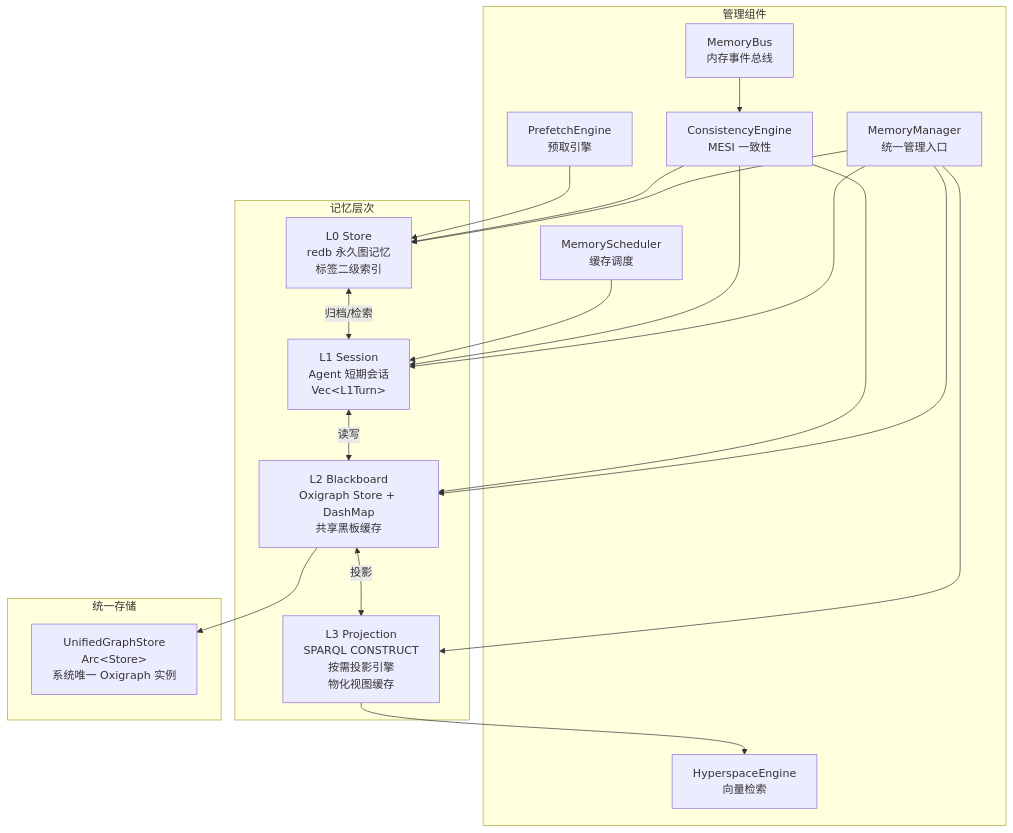
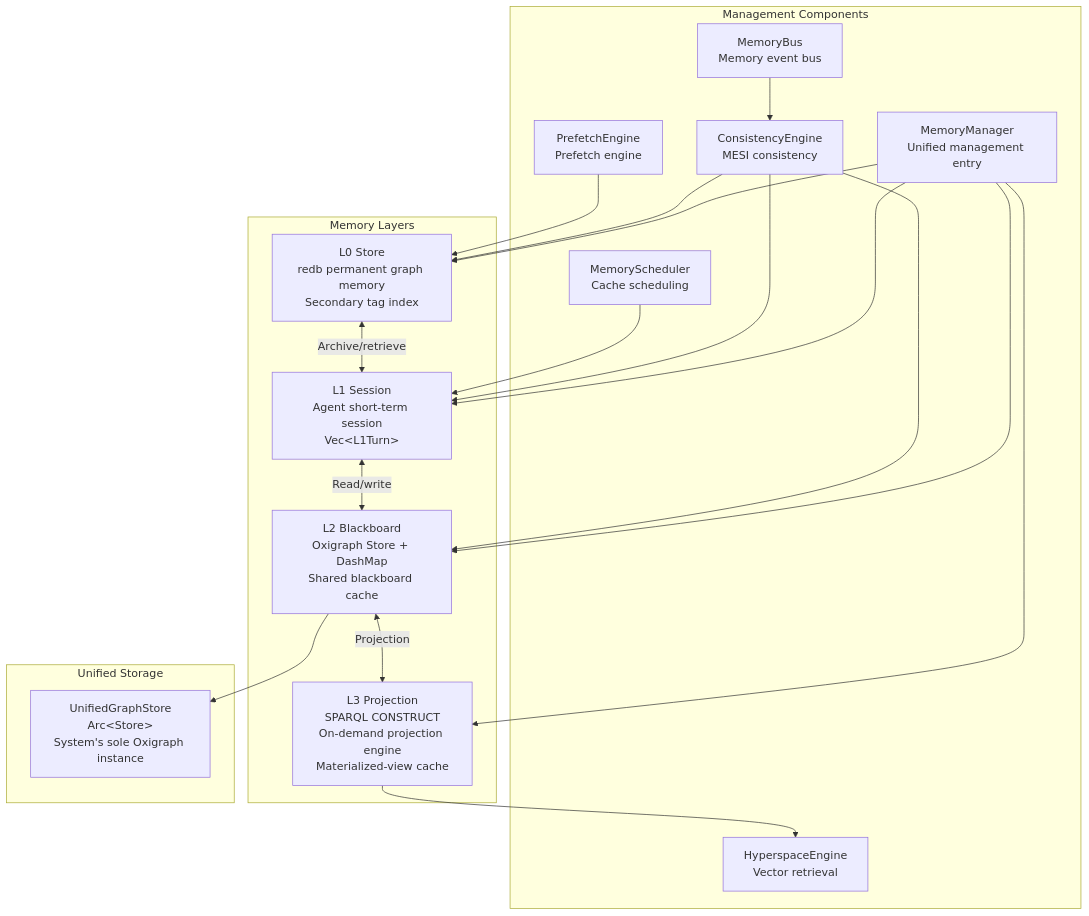
Before and after one commit to skaiy/wild_agentos: the first of 6 diagrams in docs/03-memory-system.md, drawn with Mermaid. The commit also changed other lines of this file and 23 other files, not shown here.

````diff
--- a/docs/03-memory-system.md
+++ b/docs/03-memory-system.md
@@ -7,33 +7,30 @@
 ```mermaid
 graph TB
-    subgraph 记忆层次
-        L0["L0 Store<br/>redb 永久图记忆<br/>标签二级索引"]
-        L1["L1 Session<br/>Agent 短期会话<br/>Vec&lt;L1Turn&gt;"]
-        L2["L2 Blackboard<br/>Oxigraph Store + DashMap<br/>共享黑板缓存"]
-        L3["L3 Projection<br/>SPARQL CONSTRUCT<br/>按需投影引擎<br/>物化视图缓存"]
+    subgraph Memory Layers
+        L0["L0 Store<br/>redb permanent graph memory<br/>Secondary tag index"]
+        L1["L1 Session<br/>Agent short-term session<br/>Vec&lt;L1Turn&gt;"]
+        L2["L2 Blackboard<br/>Oxigraph Store + DashMap<br/>Shared blackboard cache"]
+        L3["L3 Projection<br/>SPARQL CONSTRUCT<br/>On-demand projection engine<br/>Materialized-view cache"]
     end
-
-    subgraph 管理组件
-        MM["MemoryManager<br/>统一管理入口"]
-        MB["MemoryBus<br/>内存事件总线"]
-        CE["ConsistencyEngine<br/>MESI 一致性"]
-        SCHED["MemoryScheduler<br/>缓存调度"]
-        PF["PrefetchEngine<br/>预取引擎"]
-        HE["HyperspaceEngine<br/>向量检索"]
+    subgraph Management Components
+        MM["MemoryManager<br/>Unified management entry"]
+        MB["MemoryBus<br/>Memory event bus"]
+        CE["ConsistencyEngine<br/>MESI consistency"]
+        SCHED["MemoryScheduler<br/>Cache scheduling"]
+        PF["PrefetchEngine<br/>Prefetch engine"]
+        HE["HyperspaceEngine<br/>Vector retrieval"]
     end
-
-    subgraph 统一存储
-        UGS["UnifiedGraphStore<br/>Arc&lt;Store&gt;<br/>系统唯一 Oxigraph 实例"]
+    subgraph Unified Storage
+        UGS["UnifiedGraphStore<br/>Arc&lt;Store&gt;<br/>System's sole Oxigraph instance"]
     end
-
-    L0 <-->|归档/检索| L1
-    L1 <-->|读写| L2
-    L2 <-->|投影| L3
+    L0 <-->|Archive/retrieve| L1
+    L1 <-->|Read/write| L2
+    L2 <-->|Projection| L3
     MM --> L0 & L1 & L2 & L3
     MB --> CE
     CE --> L0 & L1 & L2
     SCHED --> L1
     PF --> L0
     L3 --> HE
     L2 --> UGS
 ```
````
